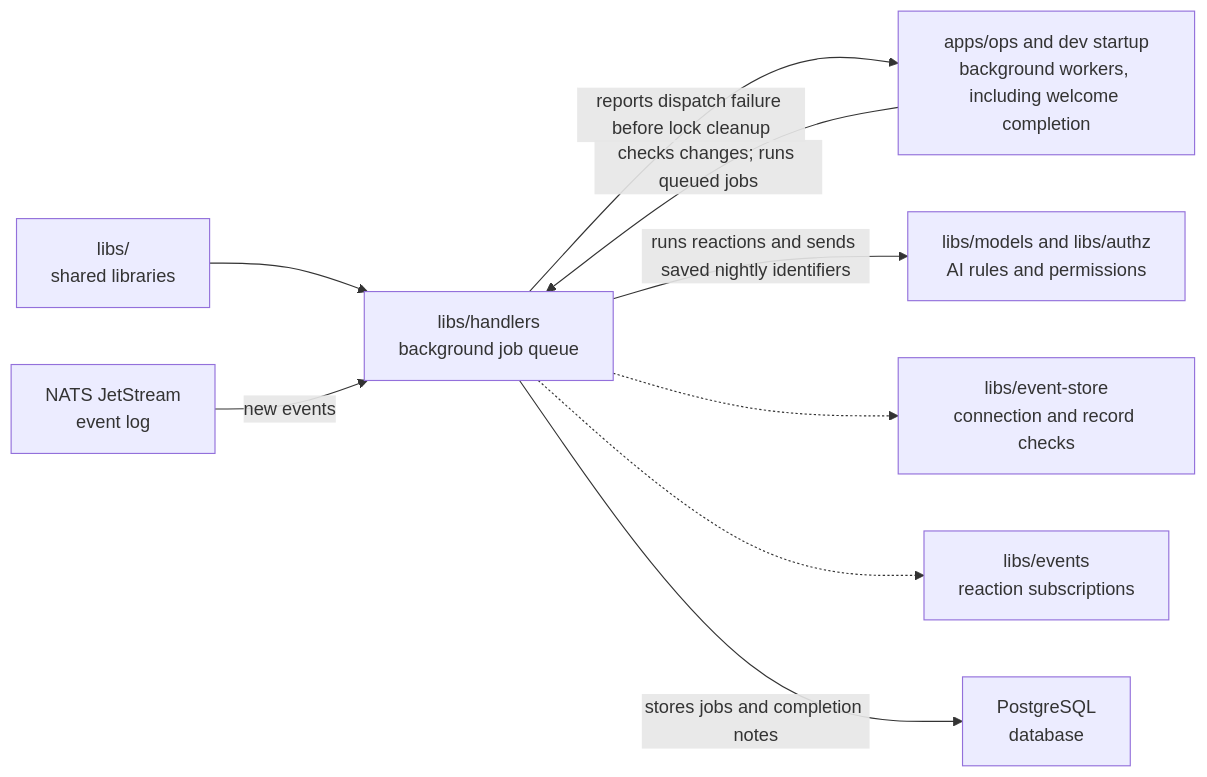
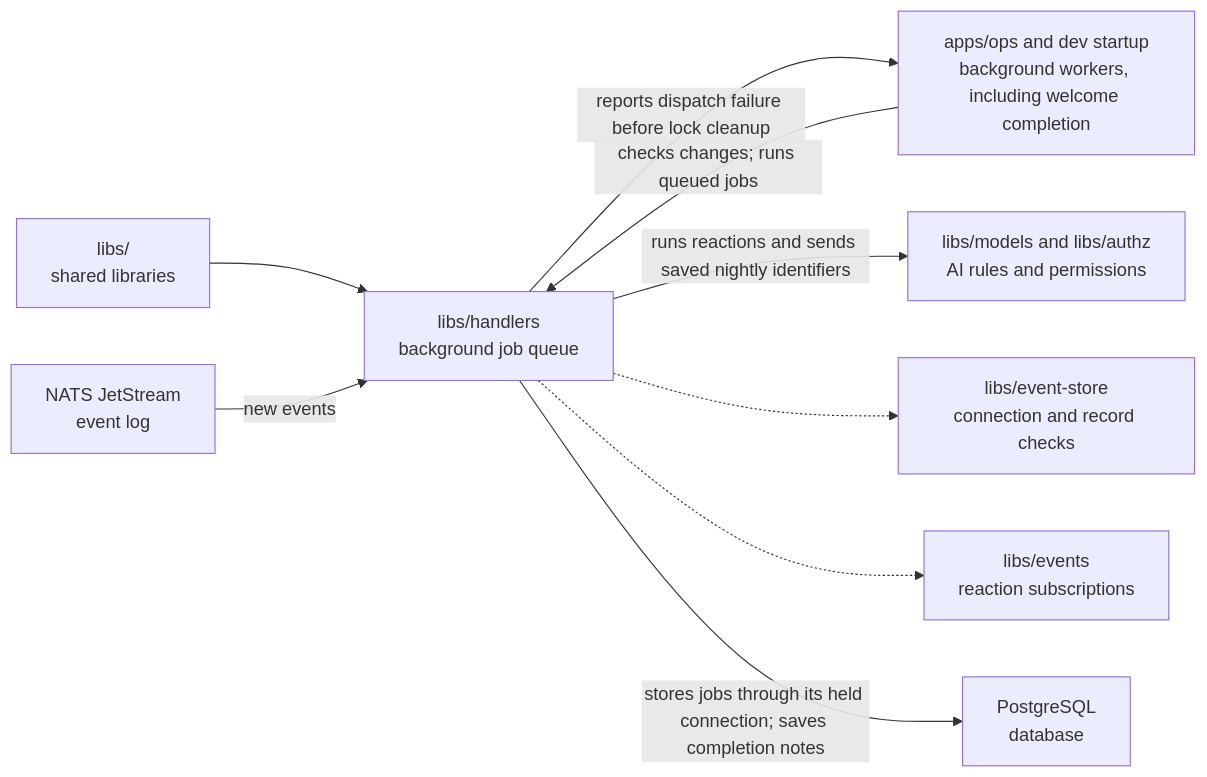
One commit to elewa-git/opencrane-new changed the diagram in libs/handlers/README.md. Above: the diagram before and after it, drawn with Mermaid. The commit also changed other lines of this file and 25 other files, not shown here.

First line of the commit message:
🔧 Keep dispatcher writes on its reserved database connection (#1174)

````diff
--- a/libs/handlers/README.md
+++ b/libs/handlers/README.md
@@ -21,11 +21,11 @@
 ```mermaid
 flowchart LR
   parent["libs/<br/>shared libraries"] --> handlers["libs/handlers<br/>background job queue"]
   ops["apps/ops and dev startup<br/>background workers, including welcome completion"] -->|checks changes; runs queued jobs| handlers
   handlers -->|reports dispatch failure before lock cleanup| ops
   nats["NATS JetStream<br/>event log"] -->|new events| handlers
   handlers -->|runs reactions and sends saved nightly identifiers| reactions["libs/models and libs/authz<br/>AI rules and permissions"]
   handlers -.-> store["libs/event-store<br/>connection and record checks"]
   handlers -.-> events["libs/events<br/>reaction subscriptions"]
-  handlers -->|stores jobs and completion notes| pg["PostgreSQL<br/>database"]
+  handlers -->|stores jobs through its held connection; saves completion notes| pg["PostgreSQL<br/>database"]
 ```
````
